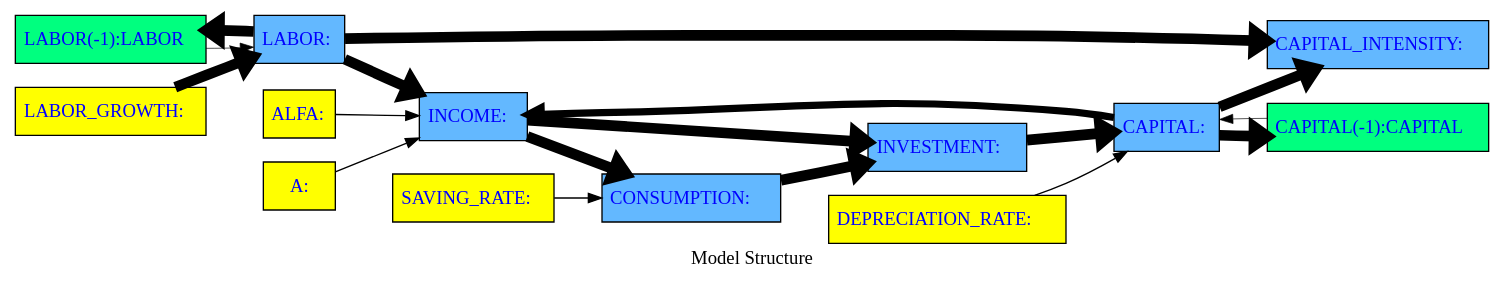
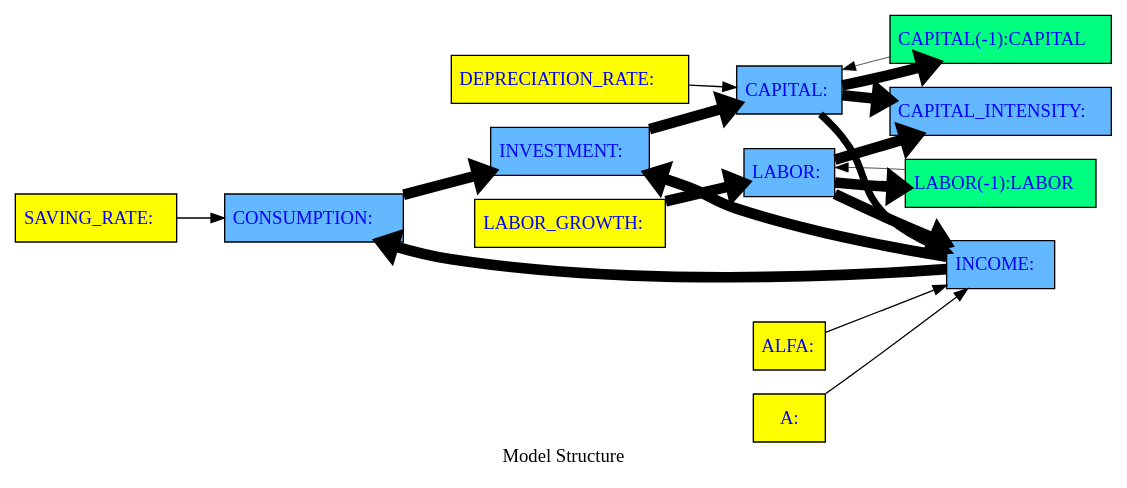
The diagram in working_paper/thebook/content/notebooks/intro/graph/A_model_graph.gv (IbHansen/modelflow-manual), drawn with Graphviz before and after one commit. The commit also changed 48 other files, not shown here.

```diff
--- a/working_paper/thebook/content/notebooks/intro/graph/A_model_graph.gv
+++ b/working_paper/thebook/content/notebooks/intro/graph/A_model_graph.gv
@@ -1,35 +1,35 @@
 digraph TD { rankdir ="LR" 
 {node  [margin=0.025 fontcolor=blue style=filled ] 
- "LABOR(-1)" [ shape=box fillcolor= springgreen tooltip="LABOR&#10;FRML &lt;&gt; LABOR=LABOR(-1)+(LABOR_GROWTH * LABOR(-1))&#36;"  margin=0.025 fontcolor=blue style = filled  label=<<TABLE BORDER='0' CELLBORDER = '0' style = "filled"  > <TR><TD tooltip="LABOR&#10;FRML &lt;&gt; LABOR=LABOR(-1)+(LABOR_GROWTH * LABOR(-1))&#36;">LABOR(-1):LABOR</TD></TR> </TABLE>> ]
+ "SAVING_RATE" [ shape=box fillcolor= yellow tooltip="SAVING_RATE&#10;Exogen"  margin=0.025 fontcolor=blue style = filled  label=<<TABLE BORDER='0' CELLBORDER = '0' style = "filled"  > <TR><TD tooltip="SAVING_RATE&#10;Exogen">SAVING_RATE:</TD></TR> </TABLE>> ]
+"CAPITAL(-1)" [ shape=box fillcolor= springgreen tooltip="CAPITAL&#10;FRML &lt;&gt; CAPITAL=CAPITAL(-1)+(INVESTMENT-DEPRECIATION_RATE * CAPITAL(-1))&#36;"  margin=0.025 fontcolor=blue style = filled  label=<<TABLE BORDER='0' CELLBORDER = '0' style = "filled"  > <TR><TD tooltip="CAPITAL&#10;FRML &lt;&gt; CAPITAL=CAPITAL(-1)+(INVESTMENT-DEPRECIATION_RATE * CAPITAL(-1))&#36;">CAPITAL(-1):CAPITAL</TD></TR> </TABLE>> ]
 "CAPITAL_INTENSITY" [ shape=box fillcolor= steelblue1 tooltip="CAPITAL_INTENSITY&#10;FRML &lt;&gt; CAPITAL_INTENSITY = CAPITAL/LABOR  &#36;"  margin=0.025 fontcolor=blue style = filled  label=<<TABLE BORDER='0' CELLBORDER = '0' style = "filled"  > <TR><TD tooltip="CAPITAL_INTENSITY&#10;FRML &lt;&gt; CAPITAL_INTENSITY = CAPITAL/LABOR  &#36;">CAPITAL_INTENSITY:</TD></TR> </TABLE>> ]
-"SAVING_RATE" [ shape=box fillcolor= yellow tooltip="SAVING_RATE&#10;Exogen"  margin=0.025 fontcolor=blue style = filled  label=<<TABLE BORDER='0' CELLBORDER = '0' style = "filled"  > <TR><TD tooltip="SAVING_RATE&#10;Exogen">SAVING_RATE:</TD></TR> </TABLE>> ]
-"CAPITAL" [ shape=box fillcolor= steelblue1 tooltip="CAPITAL&#10;FRML &lt;&gt; CAPITAL=CAPITAL(-1)+(INVESTMENT-DEPRECIATION_RATE * CAPITAL(-1))&#36;"  margin=0.025 fontcolor=blue style = filled  label=<<TABLE BORDER='0' CELLBORDER = '0' style = "filled"  > <TR><TD tooltip="CAPITAL&#10;FRML &lt;&gt; CAPITAL=CAPITAL(-1)+(INVESTMENT-DEPRECIATION_RATE * CAPITAL(-1))&#36;">CAPITAL:</TD></TR> </TABLE>> ]
 "INVESTMENT" [ shape=box fillcolor= steelblue1 tooltip="INVESTMENT&#10;FRML &lt;&gt; INVESTMENT      = INCOME - CONSUMPTION    &#36;"  margin=0.025 fontcolor=blue style = filled  label=<<TABLE BORDER='0' CELLBORDER = '0' style = "filled"  > <TR><TD tooltip="INVESTMENT&#10;FRML &lt;&gt; INVESTMENT      = INCOME - CONSUMPTION    &#36;">INVESTMENT:</TD></TR> </TABLE>> ]
+"ALFA" [ shape=box fillcolor= yellow tooltip="ALFA&#10;Exogen"  margin=0.025 fontcolor=blue style = filled  label=<<TABLE BORDER='0' CELLBORDER = '0' style = "filled"  > <TR><TD tooltip="ALFA&#10;Exogen">ALFA:</TD></TR> </TABLE>> ]
+"DEPRECIATION_RATE" [ shape=box fillcolor= yellow tooltip="DEPRECIATION_RATE&#10;Exogen"  margin=0.025 fontcolor=blue style = filled  label=<<TABLE BORDER='0' CELLBORDER = '0' style = "filled"  > <TR><TD tooltip="DEPRECIATION_RATE&#10;Exogen">DEPRECIATION_RATE:</TD></TR> </TABLE>> ]
+"A" [ shape=box fillcolor= yellow tooltip="A&#10;Exogen"  margin=0.025 fontcolor=blue style = filled  label=<<TABLE BORDER='0' CELLBORDER = '0' style = "filled"  > <TR><TD tooltip="A&#10;Exogen">A:</TD></TR> </TABLE>> ]
 "LABOR" [ shape=box fillcolor= steelblue1 tooltip="LABOR&#10;FRML &lt;&gt; LABOR=LABOR(-1)+(LABOR_GROWTH * LABOR(-1))&#36;"  margin=0.025 fontcolor=blue style = filled  label=<<TABLE BORDER='0' CELLBORDER = '0' style = "filled"  > <TR><TD tooltip="LABOR&#10;FRML &lt;&gt; LABOR=LABOR(-1)+(LABOR_GROWTH * LABOR(-1))&#36;">LABOR:</TD></TR> </TABLE>> ]
-"ALFA" [ shape=box fillcolor= yellow tooltip="ALFA&#10;Exogen"  margin=0.025 fontcolor=blue style = filled  label=<<TABLE BORDER='0' CELLBORDER = '0' style = "filled"  > <TR><TD tooltip="ALFA&#10;Exogen">ALFA:</TD></TR> </TABLE>> ]
-"CAPITAL(-1)" [ shape=box fillcolor= springgreen tooltip="CAPITAL&#10;FRML &lt;&gt; CAPITAL=CAPITAL(-1)+(INVESTMENT-DEPRECIATION_RATE * CAPITAL(-1))&#36;"  margin=0.025 fontcolor=blue style = filled  label=<<TABLE BORDER='0' CELLBORDER = '0' style = "filled"  > <TR><TD tooltip="CAPITAL&#10;FRML &lt;&gt; CAPITAL=CAPITAL(-1)+(INVESTMENT-DEPRECIATION_RATE * CAPITAL(-1))&#36;">CAPITAL(-1):CAPITAL</TD></TR> </TABLE>> ]
-"A" [ shape=box fillcolor= yellow tooltip="A&#10;Exogen"  margin=0.025 fontcolor=blue style = filled  label=<<TABLE BORDER='0' CELLBORDER = '0' style = "filled"  > <TR><TD tooltip="A&#10;Exogen">A:</TD></TR> </TABLE>> ]
+"LABOR(-1)" [ shape=box fillcolor= springgreen tooltip="LABOR&#10;FRML &lt;&gt; LABOR=LABOR(-1)+(LABOR_GROWTH * LABOR(-1))&#36;"  margin=0.025 fontcolor=blue style = filled  label=<<TABLE BORDER='0' CELLBORDER = '0' style = "filled"  > <TR><TD tooltip="LABOR&#10;FRML &lt;&gt; LABOR=LABOR(-1)+(LABOR_GROWTH * LABOR(-1))&#36;">LABOR(-1):LABOR</TD></TR> </TABLE>> ]
+"CONSUMPTION" [ shape=box fillcolor= steelblue1 tooltip="CONSUMPTION&#10;FRML &lt;&gt; CONSUMPTION     = (1-SAVING_RATE)  * INCOME  &#36;"  margin=0.025 fontcolor=blue style = filled  label=<<TABLE BORDER='0' CELLBORDER = '0' style = "filled"  > <TR><TD tooltip="CONSUMPTION&#10;FRML &lt;&gt; CONSUMPTION     = (1-SAVING_RATE)  * INCOME  &#36;">CONSUMPTION:</TD></TR> </TABLE>> ]
 "LABOR_GROWTH" [ shape=box fillcolor= yellow tooltip="LABOR_GROWTH&#10;Exogen"  margin=0.025 fontcolor=blue style = filled  label=<<TABLE BORDER='0' CELLBORDER = '0' style = "filled"  > <TR><TD tooltip="LABOR_GROWTH&#10;Exogen">LABOR_GROWTH:</TD></TR> </TABLE>> ]
 "INCOME" [ shape=box fillcolor= steelblue1 tooltip="INCOME&#10;FRML &lt;&gt; INCOME          = A  * CAPITAL**ALFA * LABOR **(1-ALFA)  &#36;"  margin=0.025 fontcolor=blue style = filled  label=<<TABLE BORDER='0' CELLBORDER = '0' style = "filled"  > <TR><TD tooltip="INCOME&#10;FRML &lt;&gt; INCOME          = A  * CAPITAL**ALFA * LABOR **(1-ALFA)  &#36;">INCOME:</TD></TR> </TABLE>> ]
-"CONSUMPTION" [ shape=box fillcolor= steelblue1 tooltip="CONSUMPTION&#10;FRML &lt;&gt; CONSUMPTION     = (1-SAVING_RATE)  * INCOME  &#36;"  margin=0.025 fontcolor=blue style = filled  label=<<TABLE BORDER='0' CELLBORDER = '0' style = "filled"  > <TR><TD tooltip="CONSUMPTION&#10;FRML &lt;&gt; CONSUMPTION     = (1-SAVING_RATE)  * INCOME  &#36;">CONSUMPTION:</TD></TR> </TABLE>> ]
-"DEPRECIATION_RATE" [ shape=box fillcolor= yellow tooltip="DEPRECIATION_RATE&#10;Exogen"  margin=0.025 fontcolor=blue style = filled  label=<<TABLE BORDER='0' CELLBORDER = '0' style = "filled"  > <TR><TD tooltip="DEPRECIATION_RATE&#10;Exogen">DEPRECIATION_RATE:</TD></TR> </TABLE>> ] 
+"CAPITAL" [ shape=box fillcolor= steelblue1 tooltip="CAPITAL&#10;FRML &lt;&gt; CAPITAL=CAPITAL(-1)+(INVESTMENT-DEPRECIATION_RATE * CAPITAL(-1))&#36;"  margin=0.025 fontcolor=blue style = filled  label=<<TABLE BORDER='0' CELLBORDER = '0' style = "filled"  > <TR><TD tooltip="CAPITAL&#10;FRML &lt;&gt; CAPITAL=CAPITAL(-1)+(INVESTMENT-DEPRECIATION_RATE * CAPITAL(-1))&#36;">CAPITAL:</TD></TR> </TABLE>> ] 
 } 
+"INVESTMENT" -> "CAPITAL" [ style = filled tooltip=" INVESTMENT -> CAPITAL Min. att. 6%  max: 100%" href="bogus" penwidth = 8.0 ]
+"LABOR" -> "CAPITAL_INTENSITY" [ style = filled tooltip=" LABOR -> CAPITAL_INTENSITY Min. att. 103%  max: 1269%" href="bogus" penwidth = 8.0 ]
+"LABOR_GROWTH" -> "LABOR" [ style = filled tooltip=" LABOR_GROWTH -> LABOR Min. att. 0%  max: 100%" href="bogus" penwidth = 8.0 ]
+"CAPITAL(-1)" -> "CAPITAL" [ style = filled tooltip=NA href="bogus" penwidth = 0.5 ]
 "A" -> "INCOME" [ style = filled tooltip=" A -> INCOME Min. att. -0%  max: -0%" href="bogus" penwidth = 1.0 ]
+"LABOR" -> "INCOME" [ style = filled tooltip=" LABOR -> INCOME Min. att. 59%  max: 97%" href="bogus" penwidth = 8.0 ]
+"ALFA" -> "INCOME" [ style = filled tooltip=" ALFA -> INCOME Min. att. -0%  max: -0%" href="bogus" penwidth = 1.0 ]
+"CAPITAL" -> "INCOME" [ style = filled tooltip=" CAPITAL -> INCOME Min. att. 3%  max: 54%" href="bogus" penwidth = 5.422974734681451 ]
+"CONSUMPTION" -> "INVESTMENT" [ style = filled tooltip=" CONSUMPTION -> INVESTMENT Min. att. -1900%  max: -1900%" href="bogus" penwidth = 8.0 ]
+"CAPITAL" -> "CAPITAL(-1)" [ style = filled tooltip=" CAPITAL -> CAPITAL(-1) Min. att. 0%  max: 94%" href="bogus" penwidth = 8.0 ]
 "LABOR" -> "LABOR(-1)" [ style = filled tooltip=" LABOR -> LABOR(-1) Min. att. 0%  max: 100%" href="bogus" penwidth = 8.0 ]
-"LABOR_GROWTH" -> "LABOR" [ style = filled tooltip=" LABOR_GROWTH -> LABOR Min. att. 0%  max: 100%" href="bogus" penwidth = 8.0 ]
-"LABOR" -> "INCOME" [ style = filled tooltip=" LABOR -> INCOME Min. att. 59%  max: 97%" href="bogus" penwidth = 8.0 ]
+"INCOME" -> "CONSUMPTION" [ style = filled tooltip=" INCOME -> CONSUMPTION Min. att. 100%  max: 100%" href="bogus" penwidth = 8.0 ]
 "SAVING_RATE" -> "CONSUMPTION" [ style = filled tooltip=" SAVING_RATE -> CONSUMPTION Min. att. 0%  max: 0%" href="bogus" penwidth = 1.0 ]
-"INVESTMENT" -> "CAPITAL" [ style = filled tooltip=" INVESTMENT -> CAPITAL Min. att. 6%  max: 100%" href="bogus" penwidth = 8.0 ]
-"CONSUMPTION" -> "INVESTMENT" [ style = filled tooltip=" CONSUMPTION -> INVESTMENT Min. att. -1900%  max: -1900%" href="bogus" penwidth = 8.0 ]
-"ALFA" -> "INCOME" [ style = filled tooltip=" ALFA -> INCOME Min. att. -0%  max: -0%" href="bogus" penwidth = 1.0 ]
-"LABOR" -> "CAPITAL_INTENSITY" [ style = filled tooltip=" LABOR -> CAPITAL_INTENSITY Min. att. 103%  max: 1269%" href="bogus" penwidth = 8.0 ]
 "LABOR(-1)" -> "LABOR" [ style = filled tooltip=NA href="bogus" penwidth = 0.5 ]
+"INCOME" -> "INVESTMENT" [ style = filled tooltip=" INCOME -> INVESTMENT Min. att. 2000%  max: 2000%" href="bogus" penwidth = 8.0 ]
+"CAPITAL" -> "CAPITAL_INTENSITY" [ style = filled tooltip=" CAPITAL -> CAPITAL_INTENSITY Min. att. -647%  max: -3%" href="bogus" penwidth = 8.0 ]
 "DEPRECIATION_RATE" -> "CAPITAL" [ style = filled tooltip=" DEPRECIATION_RATE -> CAPITAL Min. att. 0%  max: 0%" href="bogus" penwidth = 1.0 ]
-"INCOME" -> "CONSUMPTION" [ style = filled tooltip=" INCOME -> CONSUMPTION Min. att. 100%  max: 100%" href="bogus" penwidth = 8.0 ]
-"INCOME" -> "INVESTMENT" [ style = filled tooltip=" INCOME -> INVESTMENT Min. att. 2000%  max: 2000%" href="bogus" penwidth = 8.0 ]
-"CAPITAL" -> "INCOME" [ style = filled tooltip=" CAPITAL -> INCOME Min. att. 3%  max: 54%" href="bogus" penwidth = 5.422974734681451 ]
-"CAPITAL(-1)" -> "CAPITAL" [ style = filled tooltip=NA href="bogus" penwidth = 0.5 ]
-"CAPITAL" -> "CAPITAL(-1)" [ style = filled tooltip=" CAPITAL -> CAPITAL(-1) Min. att. 0%  max: 94%" href="bogus" penwidth = 8.0 ]
-"CAPITAL" -> "CAPITAL_INTENSITY" [ style = filled tooltip=" CAPITAL -> CAPITAL_INTENSITY Min. att. -647%  max: -3%" href="bogus" penwidth = 8.0 ]
  label = "Model Structure";
 }
```
